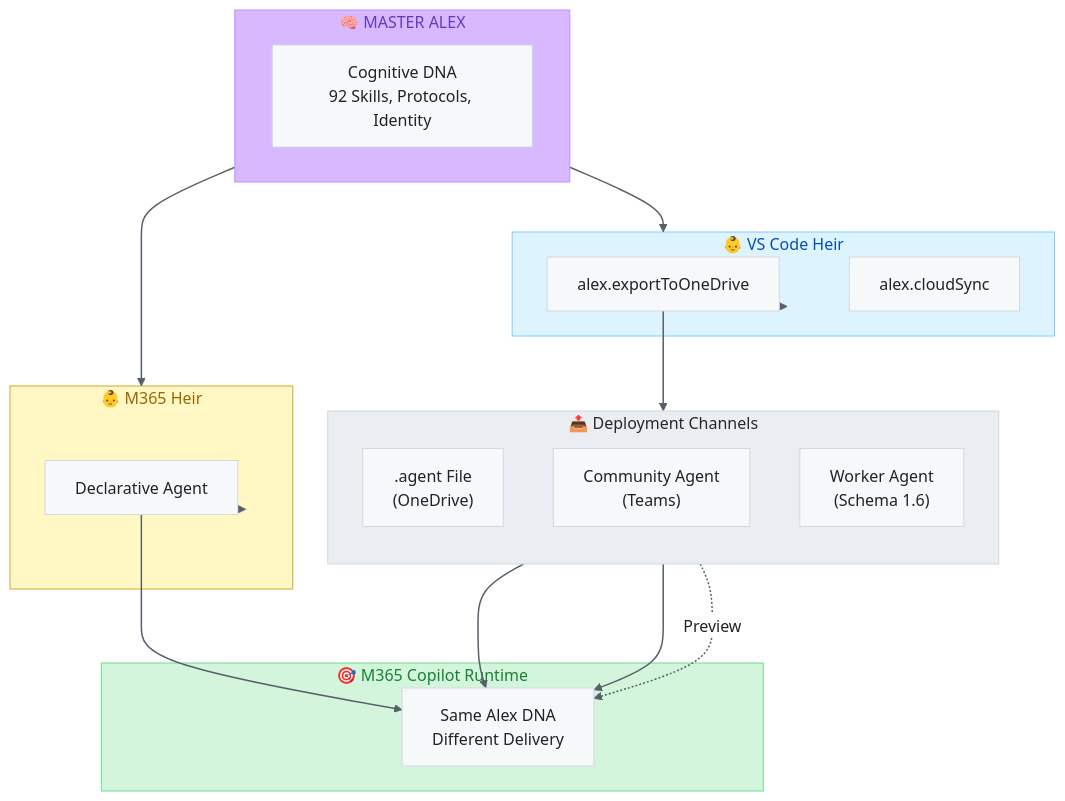
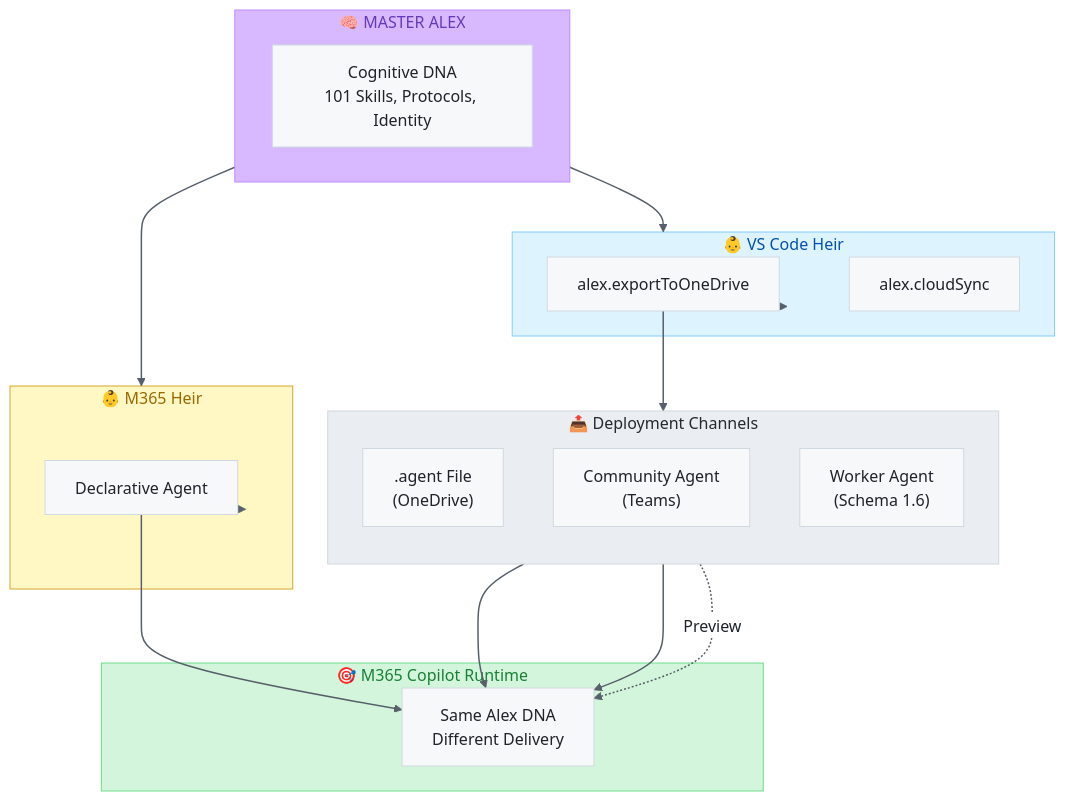
The diagram in platforms/m365-copilot/README.md (fabioc-aloha/Alex_Plug_In), drawn with Mermaid before and after one commit. The commit also changed 7 other files, not shown here.

````diff
--- a/platforms/m365-copilot/README.md
+++ b/platforms/m365-copilot/README.md
@@ -222,43 +222,43 @@
 ```mermaid
 %%{init: {'theme': 'base', 'themeVariables': { 'primaryColor': '#f6f8fa', 'primaryTextColor': '#1f2328', 'primaryBorderColor': '#d1d9e0', 'lineColor': '#656d76', 'secondaryColor': '#f6f8fa', 'tertiaryColor': '#ffffff', 'background': '#ffffff', 'mainBkg': '#f6f8fa', 'nodeBorder': '#d1d9e0', 'edgeLabelBackground': '#fff'}}}%%
 flowchart TB
     subgraph Master["🧠 MASTER ALEX"]
-        DNA["Cognitive DNA<br/>92 Skills, Protocols, Identity"]
+        DNA["Cognitive DNA<br/>101 Skills, Protocols, Identity"]
     end
 
     subgraph VSCode["👶 VS Code Heir"]
         Export["alex.exportToOneDrive"]
         Cloud["alex.cloudSync"]
     end
 
     subgraph M365["👶 M365 Heir"]
         DA["Declarative Agent"]
     end
 
     subgraph Channels["📤 Deployment Channels"]
         direction TB
         ODA[".agent File<br/>(OneDrive)"]
         CA["Community Agent<br/>(Teams)"]
         WA["Worker Agent<br/>(Schema 1.6)"]
     end
 
     subgraph Runtime["🎯 M365 Copilot Runtime"]
         COP["Same Alex DNA<br/>Different Delivery"]
     end
 
     Master --> VSCode
     Master --> M365
     VSCode --> Export --> ODA
     M365 --> DA
     DA --> COP
     ODA --> COP
     CA --> COP
     WA -.->|"Preview"| COP
 
     style Master fill:#d8b9ff,color:#6639ba,stroke:#bf8aff
     style VSCode fill:#ddf4ff,color:#0550ae,stroke:#80ccff
     style M365 fill:#fff8c5,color:#9a6700,stroke:#d4a72c
     style Channels fill:#eaeef2,color:#24292f,stroke:#d0d7de
     style Runtime fill:#d3f5db,color:#1a7f37,stroke:#6fdd8b
     linkStyle default stroke:#57606a,stroke-width:1.5px
 ```
````
